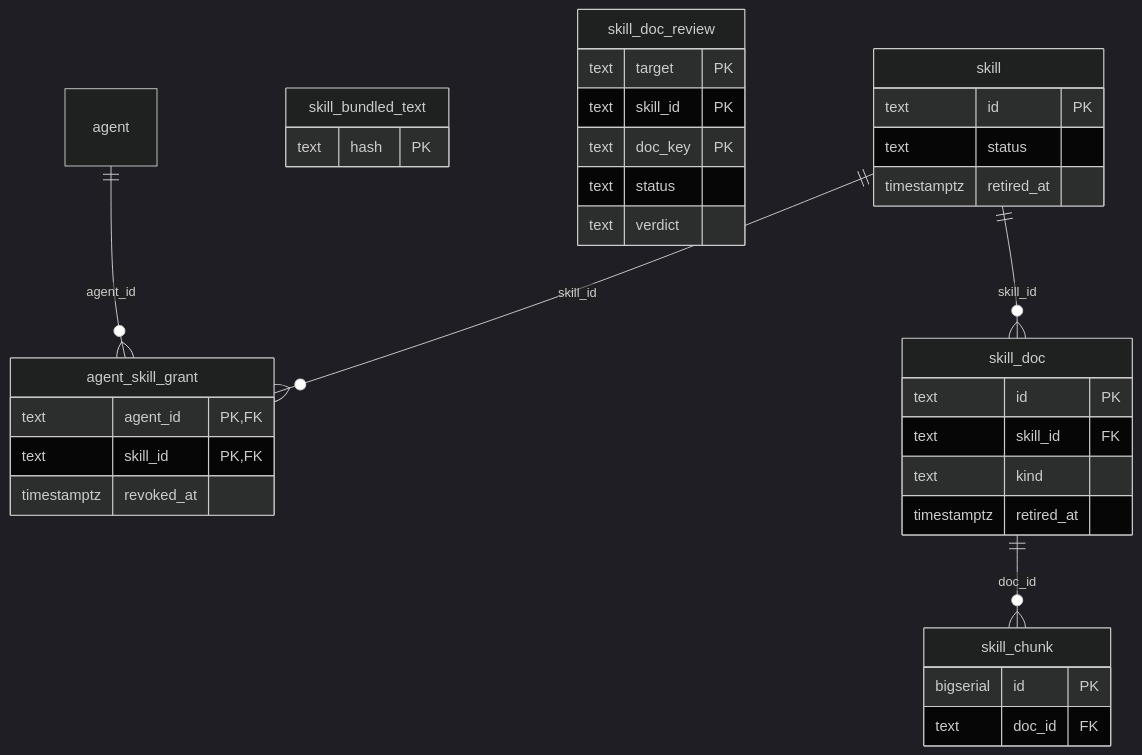
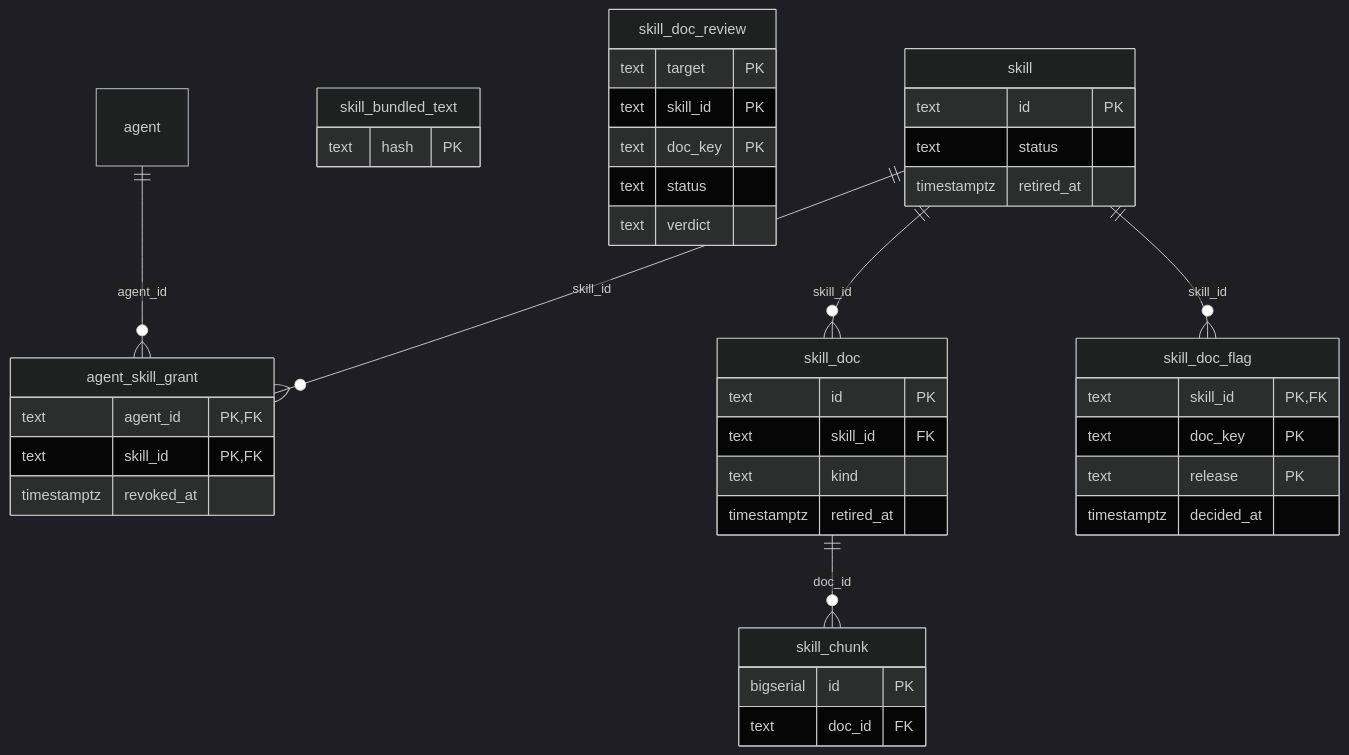
One commit to codyandrson/central-command changed the eighth of 11 diagrams in docs/diagrams/data-model.md. Above: the diagram before and after it, drawn with Mermaid (dark theme). The commit also changed other lines of this file and 45 other files, not shown here.

````diff
--- a/docs/diagrams/data-model.md
+++ b/docs/diagrams/data-model.md
@@ -196,37 +196,44 @@
 ```mermaid
 erDiagram
     agent_skill_grant {
         text agent_id PK, FK
         text skill_id PK, FK
         timestamptz revoked_at
     }
     skill {
         text id PK
         text status
         timestamptz retired_at
     }
     skill_bundled_text {
         text hash PK
     }
     skill_chunk {
         bigserial id PK
         text doc_id FK
     }
     skill_doc {
         text id PK
         text skill_id FK
         text kind
         timestamptz retired_at
     }
+    skill_doc_flag {
+        text skill_id PK, FK
+        text doc_key PK
+        text release PK
+        timestamptz decided_at
+    }
     skill_doc_review {
         text target PK
         text skill_id PK
         text doc_key PK
         text status
         text verdict
     }
     agent ||--o{ agent_skill_grant : "agent_id"
     skill ||--o{ agent_skill_grant : "skill_id"
     skill ||--o{ skill_doc : "skill_id"
+    skill ||--o{ skill_doc_flag : "skill_id"
     skill_doc ||--o{ skill_chunk : "doc_id"
 ```
````
